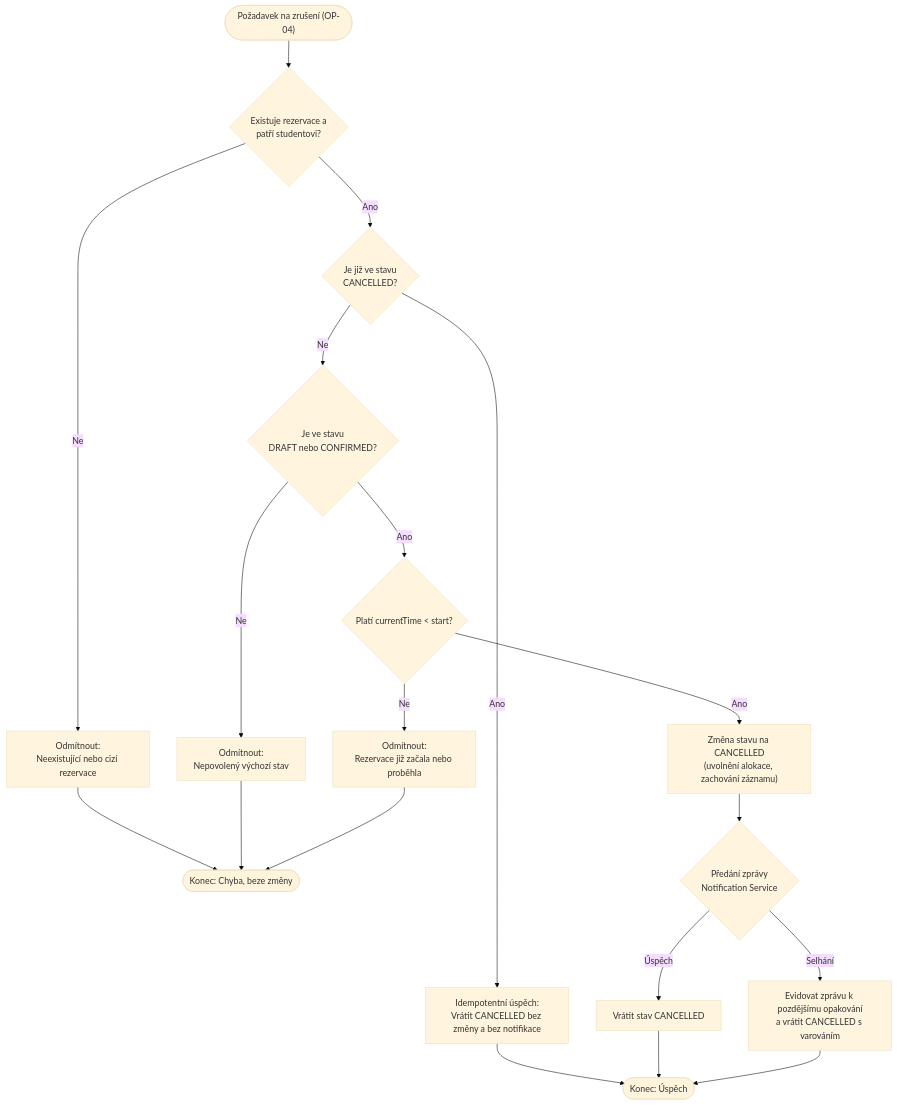
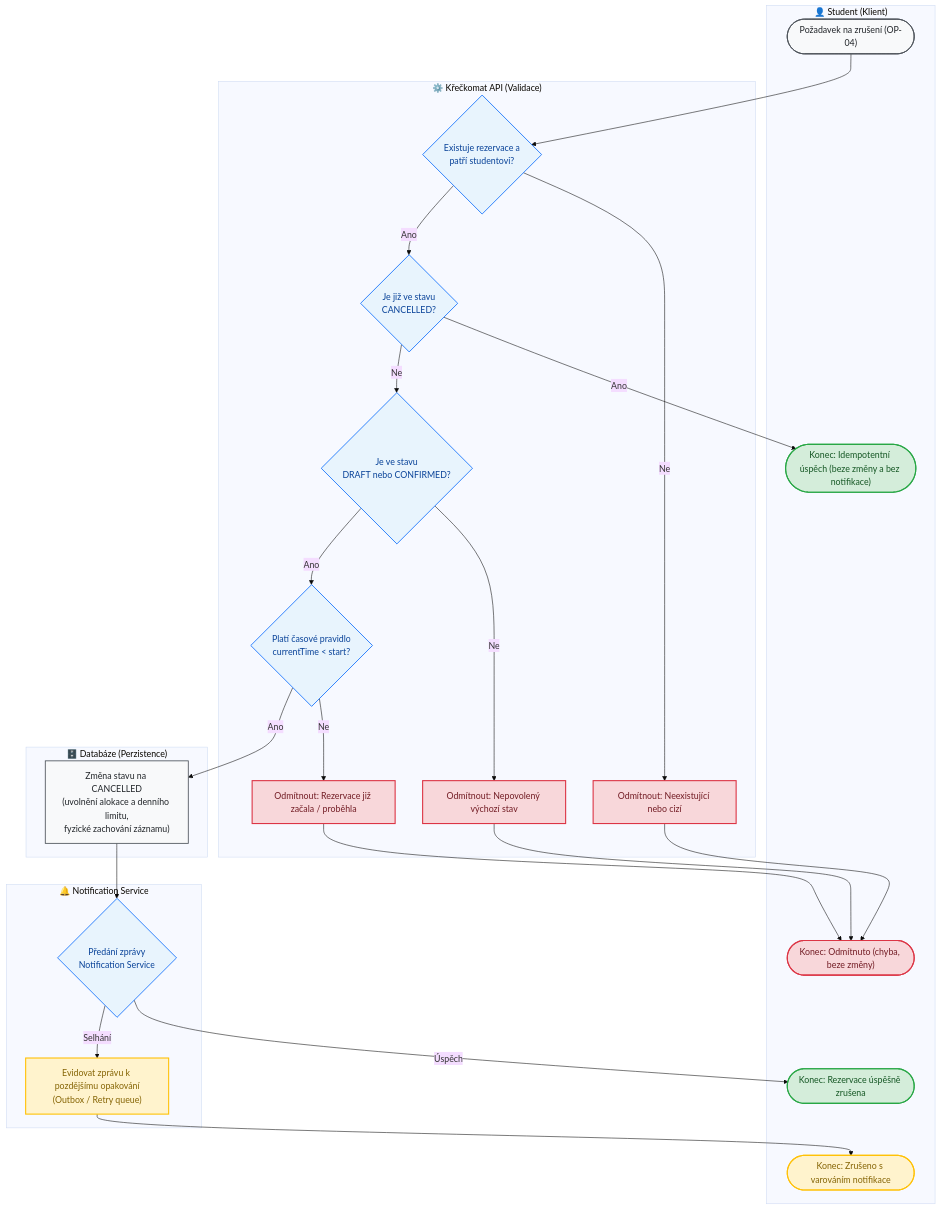
Before and after one commit to tomaskirnig/SWI_2027: the fourth of 6 diagrams in DIAGRAMS.md, drawn with Mermaid (base theme). The commit also changed other lines of this file and 1 other file, not shown here.

Commit message:
refactor: Refactored diagrams.md

````diff
--- a/DIAGRAMS.md
+++ b/DIAGRAMS.md
@@ -132,22 +182,52 @@
 ```mermaid
 flowchart TD
-    Start(["Požadavek na zrušení (OP-04)"]) --> CheckAuth{"Existuje rezervace a\npatří studentovi?"}
-    
-    CheckAuth -- "Ne" --> RejectNotFound["Odmítnout:\nNeexistující nebo cizí rezervace"] --> EndFail(["Konec: Chyba, beze změny"])
-    
-    CheckAuth -- "Ano" --> CheckCancelled{"Je již ve stavu\nCANCELLED?"}
-    CheckCancelled -- "Ano" --> ReturnIdempotent["Idempotentní úspěch:\nVrátit CANCELLED bez změny a bez notifikace"] --> EndSuccess(["Konec: Úspěch"])
-    
-    CheckCancelled -- "Ne" --> CheckAllowedState{"Je ve stavu\nDRAFT nebo CONFIRMED?"}
-    CheckAllowedState -- "Ne" --> RejectState["Odmítnout:\nNepovolený výchozí stav"] --> EndFail
-    
-    CheckAllowedState -- "Ano" --> CheckTime{"Platí currentTime < start?"}
-    CheckTime -- "Ne" --> RejectTime["Odmítnout:\nRezervace již začala nebo proběhla"] --> EndFail
-    
-    CheckTime -- "Ano" --> SetCancelled["Změna stavu na CANCELLED\n(uvolnění alokace, zachování záznamu)"]
-    
-    SetCancelled --> SendNotif{"Předání zprávy\nNotification Service"}
-    
-    SendNotif -- "Úspěch" --> ReturnSuccess["Vrátit stav CANCELLED"] --> EndSuccess
-    SendNotif -- "Selhání" --> ReturnWarning["Evidovat zprávu k pozdějšímu opakování\na vrátit CANCELLED s varováním"] --> EndSuccess
+    classDef success fill:#d4edda,stroke:#28a745,stroke-width:2px,color:#155724;
+    classDef fail fill:#f8d7da,stroke:#dc3545,stroke-width:2px,color:#721c24;
+    classDef warn fill:#fff3cd,stroke:#ffc107,stroke-width:2px,color:#856404;
+    classDef decision fill:#e8f4fd,stroke:#0d6efd,stroke-width:1.5px,color:#084298;
+    classDef step fill:#f8f9fa,stroke:#495057,stroke-width:1.5px,color:#212529;
+
+    subgraph ClientLane["👤 Student (Klient)"]
+        ReqCancel(["Požadavek na zrušení (OP-04)"]):::step
+        RespIdempotent(["Konec: Idempotentní úspěch (beze změny a bez notifikace)"]):::success
+        RespCancelSuccess(["Konec: Rezervace úspěšně zrušena"]):::success
+        RespCancelWarn(["Konec: Zrušeno s varováním notifikace"]):::warn
+        RespCancelFail(["Konec: Odmítnuto (chyba, beze změny)"]):::fail
+    end
+
+    subgraph ApiLane["⚙️ Křečkomat API (Validace)"]
+        CheckAuthCancel{"Existuje rezervace a<br/>patří studentovi?"}:::decision
+        CheckAlreadyCancelled{"Je již ve stavu<br/>CANCELLED?"}:::decision
+        CheckAllowedState{"Je ve stavu<br/>DRAFT nebo CONFIRMED?"}:::decision
+        CheckCancelTime{"Platí časové pravidlo<br/>currentTime < start?"}:::decision
+        RejectAuthCancel["Odmítnout: Neexistující nebo cizí"]:::fail
+        RejectInvalidState["Odmítnout: Nepovolený výchozí stav"]:::fail
+        RejectPastTime["Odmítnout: Rezervace již začala / proběhla"]:::fail
+    end
+
+    subgraph DbLane["🗄️ Databáze (Perzistence)"]
+        SetCancelled["Změna stavu na CANCELLED<br/>(uvolnění alokace a denního limitu,<br/>fyzické zachování záznamu)"]:::step
+    end
+
+    subgraph NotifLane["🔔 Notification Service"]
+        SendCancelNotif{"Předání zprávy<br/>Notification Service"}:::decision
+        EnqueueCancelRetry["Evidovat zprávu k pozdějšímu opakování<br/>(Outbox / Retry queue)"]:::warn
+    end
+
+    ReqCancel --> CheckAuthCancel
+    CheckAuthCancel -- "Ne" --> RejectAuthCancel --> RespCancelFail
+    CheckAuthCancel -- "Ano" --> CheckAlreadyCancelled
+
+    CheckAlreadyCancelled -- "Ano" --> RespIdempotent
+    CheckAlreadyCancelled -- "Ne" --> CheckAllowedState
+
+    CheckAllowedState -- "Ne" --> RejectInvalidState --> RespCancelFail
+    CheckAllowedState -- "Ano" --> CheckCancelTime
+
+    CheckCancelTime -- "Ne" --> RejectPastTime --> RespCancelFail
+    CheckCancelTime -- "Ano" --> SetCancelled
+
+    SetCancelled --> SendCancelNotif
+    SendCancelNotif -- "Úspěch" --> RespCancelSuccess
+    SendCancelNotif -- "Selhání" --> EnqueueCancelRetry --> RespCancelWarn
 ```
````
